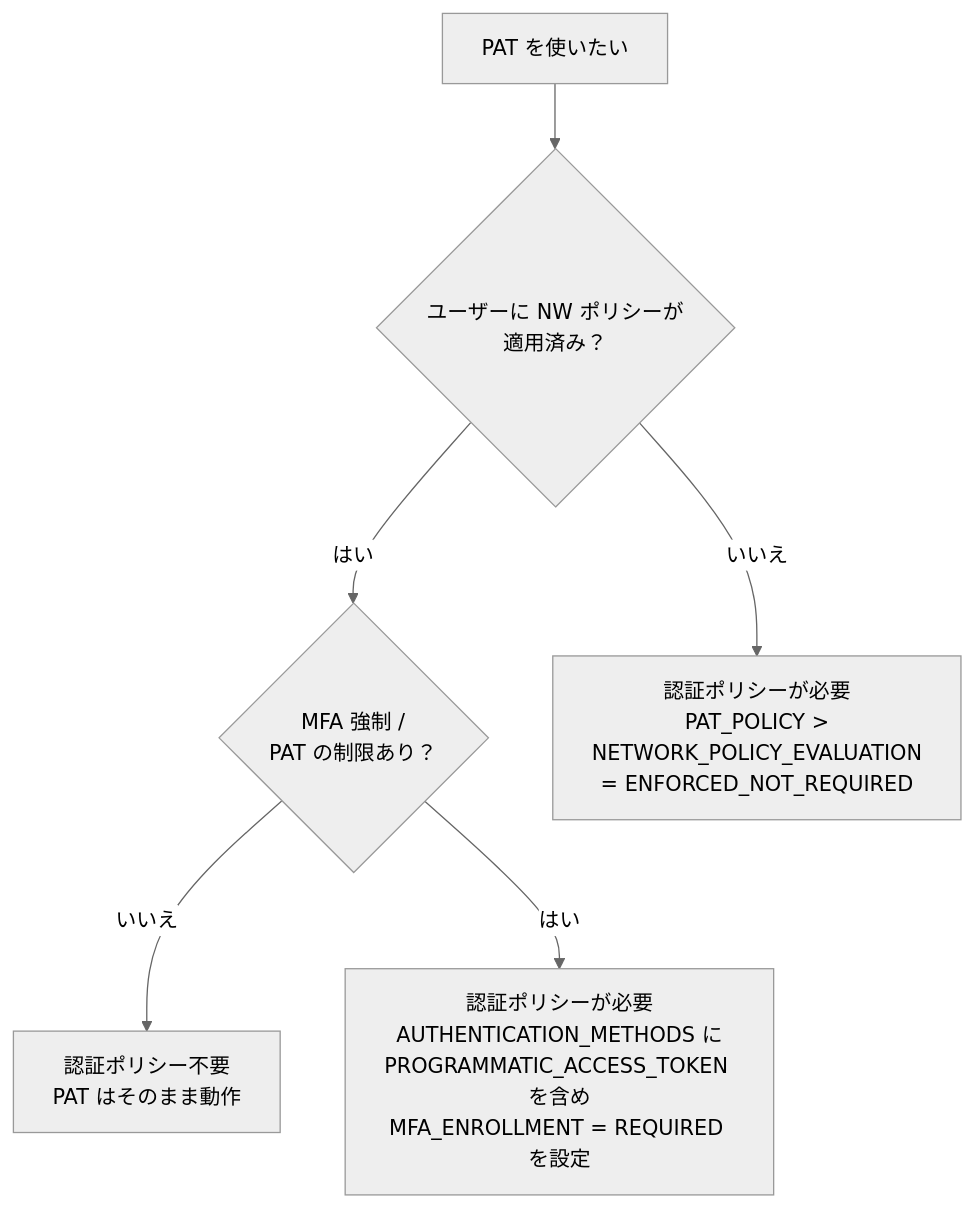
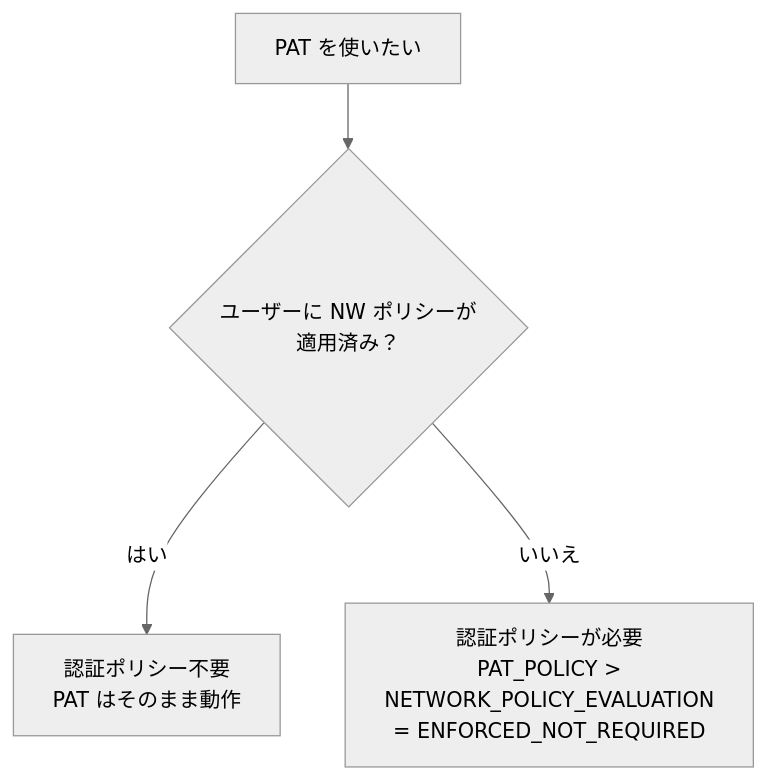
Before and after one commit to GTK0326/zenn-content: the diagram in articles/i145-snowflake-personal-account-initial-setup.md, drawn with Mermaid (neutral theme). The commit also changed other lines of this file, not shown here.

````diff
--- a/articles/i145-snowflake-personal-account-initial-setup.md
+++ b/articles/i145-snowflake-personal-account-initial-setup.md
@@ -293,8 +293,6 @@
 ```mermaid
 flowchart TD
     A[PAT を使いたい] --> B{"ユーザーに NW ポリシーが\n適用済み？"}
-    B -->|はい| C{"MFA 強制 /\nPAT の制限あり？"}
+    B -->|はい| C["認証ポリシー不要\nPAT はそのまま動作"]
     B -->|いいえ| D["認証ポリシーが必要\nPAT_POLICY >\nNETWORK_POLICY_EVALUATION\n= ENFORCED_NOT_REQUIRED"]
-    C -->|いいえ| E["認証ポリシー不要\nPAT はそのまま動作"]
-    C -->|はい| F["認証ポリシーが必要\nAUTHENTICATION_METHODS に\nPROGRAMMATIC_ACCESS_TOKEN を含め\nMFA_ENROLLMENT = REQUIRED を設定"]
 ```
````
